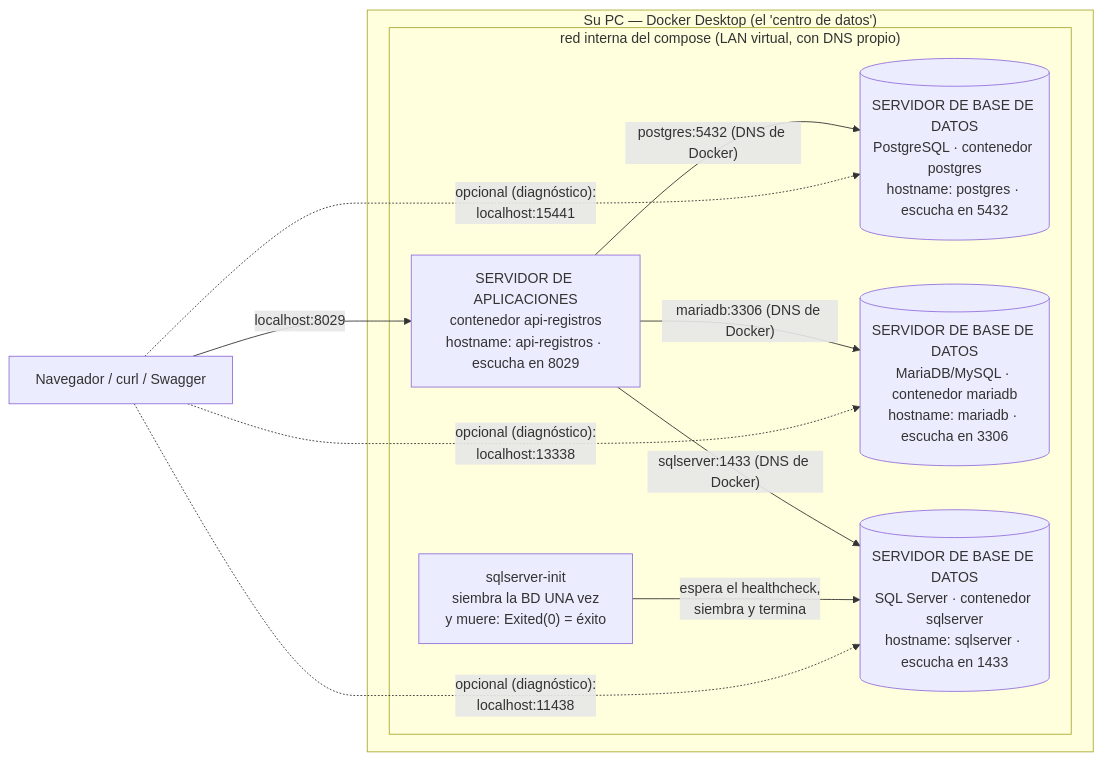
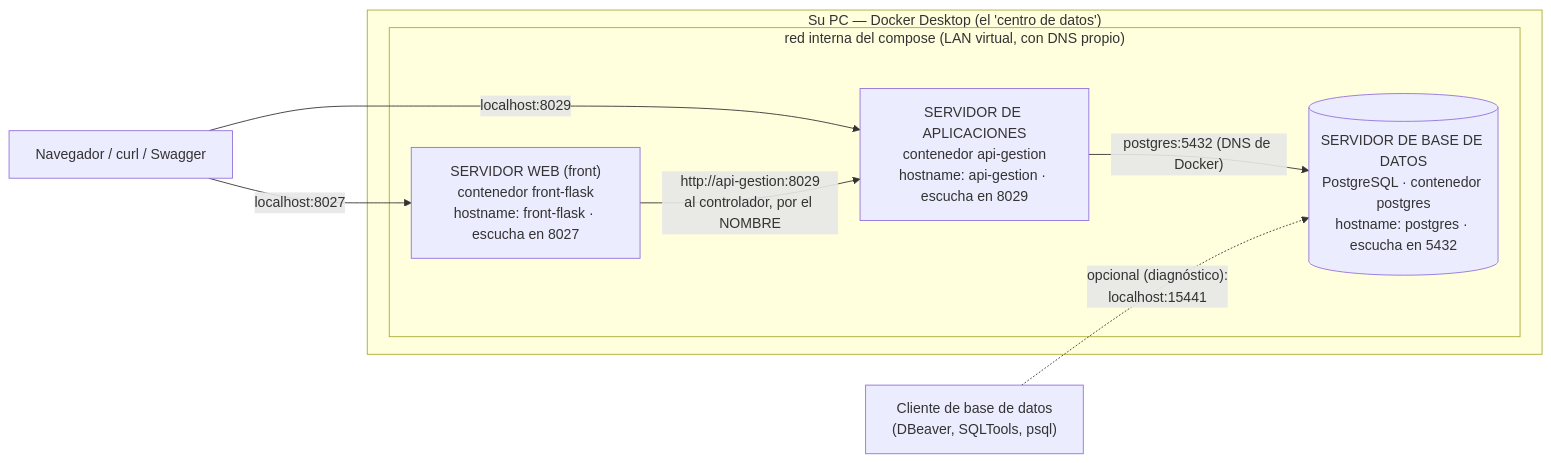
One commit to ccastro2050/proyecto_paradigmas_gestion_profesoral1 changed the first of 2 diagrams in docs/CONCEPTOS_DOCKER.md. Above: the diagram before and after it, drawn with Mermaid. The commit also changed other lines of this file, not shown here.

Commit message:
docs(docker): el diagrama sale del docker-compose real, y ninguna flecha miente
Tres cosas que el dibujo decia y no eran ciertas:

1. Una flecha punteada iba del FRONT a una base de datos para decir que NO
   existe. Dibujar lo que no pasa ensena lo contrario: lo que queda es la
   linea, y ademas sugeria que lo unico que lo impide es estar en otra red.
   Se quita. El front habla con los controladores de la API y ahi se acaba.

2. La punteada al puerto de la base salia del navegador, y un navegador no
   habla SQL. Esa conexion si existe, pero quien la usa es un cliente de base
   de datos: ahora tiene su propio nodo.

3. El diagrama de despliegue venia copiado de otro proyecto: dibujaba
   contenedores que no existen aqui, se saltaba el front entero y citaba
   puertos de otro repositorio. Ahora se genera desde el docker-compose.yml
   de ESTE repo: un nodo por servicio declarado, una puerta localhost:N solo
   si el compose la publica, y una flecha entre servicios solo si uno nombra
   al otro en su environment o en depends_on.

Verificado: 169 puertas dibujadas, 0 que el compose no publique; 0 repos con
contenedores inventados u omitidos; los diagramas renderizan con mmdc.

````diff
--- a/docs/CONCEPTOS_DOCKER.md
+++ b/docs/CONCEPTOS_DOCKER.md
@@ -195,21 +195,17 @@
 ```mermaid
 flowchart LR
     NAV["Navegador / curl / Swagger"]
+    CLIENTE["Cliente de base de datos<br/>(DBeaver, SQLTools, psql)"]
     subgraph PC["Su PC — Docker Desktop (el 'centro de datos')"]
         subgraph RED["red interna del compose (LAN virtual, con DNS propio)"]
-            APIFACTURAS["SERVIDOR DE APLICACIONES<br/>contenedor api-registros<br/>hostname: api-registros · escucha en 8029"]
+            FRONTFLASK["SERVIDOR WEB (front)<br/>contenedor front-flask<br/>hostname: front-flask · escucha en 8027"]
+            APIGESTION["SERVIDOR DE APLICACIONES<br/>contenedor api-gestion<br/>hostname: api-gestion · escucha en 8029"]
             POSTGRES[("SERVIDOR DE BASE DE DATOS<br/>PostgreSQL · contenedor postgres<br/>hostname: postgres · escucha en 5432")]
-            MARIADB[("SERVIDOR DE BASE DE DATOS<br/>MariaDB/MySQL · contenedor mariadb<br/>hostname: mariadb · escucha en 3306")]
-            SQLSERVER[("SERVIDOR DE BASE DE DATOS<br/>SQL Server · contenedor sqlserver<br/>hostname: sqlserver · escucha en 1433")]
-            SQLSERVERINIT["sqlserver-init<br/>siembra la BD UNA vez<br/>y muere: Exited(0) = éxito"]
         end
     end
-    NAV -->|"localhost:8029"| APIFACTURAS
-    APIFACTURAS -->|"postgres:5432 (DNS de Docker)"| POSTGRES
-    APIFACTURAS -->|"mariadb:3306 (DNS de Docker)"| MARIADB
-    APIFACTURAS -->|"sqlserver:1433 (DNS de Docker)"| SQLSERVER
-    SQLSERVERINIT -->|"espera el healthcheck,<br/>siembra y termina"| SQLSERVER
-    NAV -.->|"opcional (diagnóstico):<br/>localhost:15441"| POSTGRES
-    NAV -.->|"opcional (diagnóstico):<br/>localhost:13338"| MARIADB
-    NAV -.->|"opcional (diagnóstico):<br/>localhost:11438"| SQLSERVER
+    NAV -->|"localhost:8029"| APIGESTION
+    NAV -->|"localhost:8027"| FRONTFLASK
+    APIGESTION -->|"postgres:5432 (DNS de Docker)"| POSTGRES
+    FRONTFLASK -->|"http://api-gestion:8029<br/>al controlador, por el NOMBRE"| APIGESTION
+    CLIENTE -.->|"opcional (diagnóstico):<br/>localhost:15441"| POSTGRES
 ```
````
